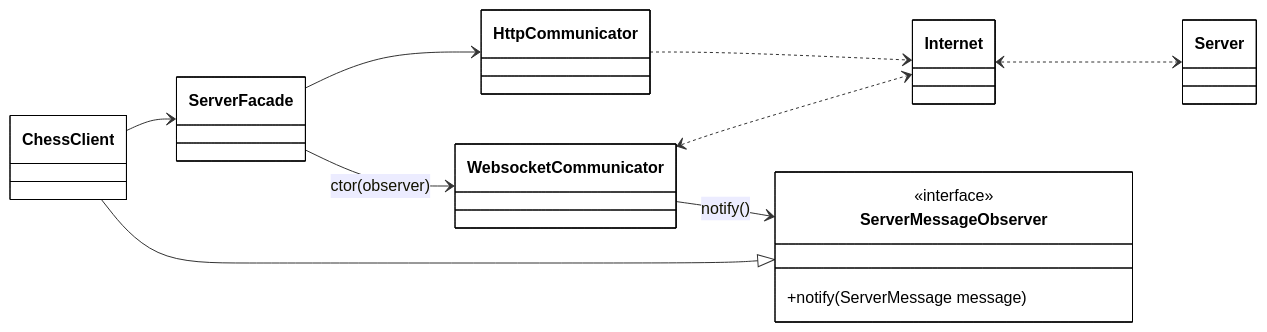
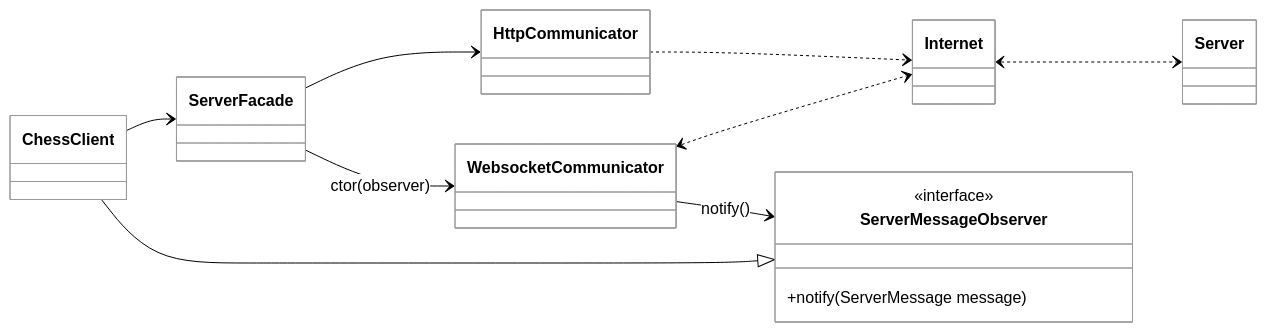
Before and after one commit to byucsstudent/cs240v2: the diagram in instruction/phase-6-architectural-patterns/phase-6-architectural-patterns.md, drawn with Mermaid. The commit also changed other lines of this file, not shown here.

Commit message:
Lee Jensen - update(Phase 6: Architectural Patterns)

````diff
--- a/instruction/phase-6-architectural-patterns/phase-6-architectural-patterns.md
+++ b/instruction/phase-6-architectural-patterns/phase-6-architectural-patterns.md
@@ -11,28 +12,28 @@
 ```mermaid
+%%{init: { 'theme': 'neutral', 'themeVariables': { 'mainBkg': '#ffffff', 'lineColor': '#000000', 'primaryTextColor': '#000000', 'actorBorder': '#000000', 'participantBorder': '#000000', 'noteBorderColor': '#000000' } }}%%
+
 classDiagram
     direction LR
     class ChessClient
     class ServerFacade
     class WebsocketCommunicator
     class HttpCommunicator
     class Internet
     class Server
 
     ServerFacade --> HttpCommunicator
     ChessClient --> ServerFacade
     ServerFacade --> WebsocketCommunicator : ctor(observer)
 
     class ServerMessageObserver {
         <<interface>>
         +notify(ServerMessage message)
     }
 
     WebsocketCommunicator --> ServerMessageObserver : notify()
     ChessClient --|> ServerMessageObserver
 
     HttpCommunicator ..> Internet
     WebsocketCommunicator <..> Internet
     Internet <..> Server
-
-    classDef default fill:#ffffff,stroke:#000000,color:#000000,stroke-width:1px;
 ```
````
